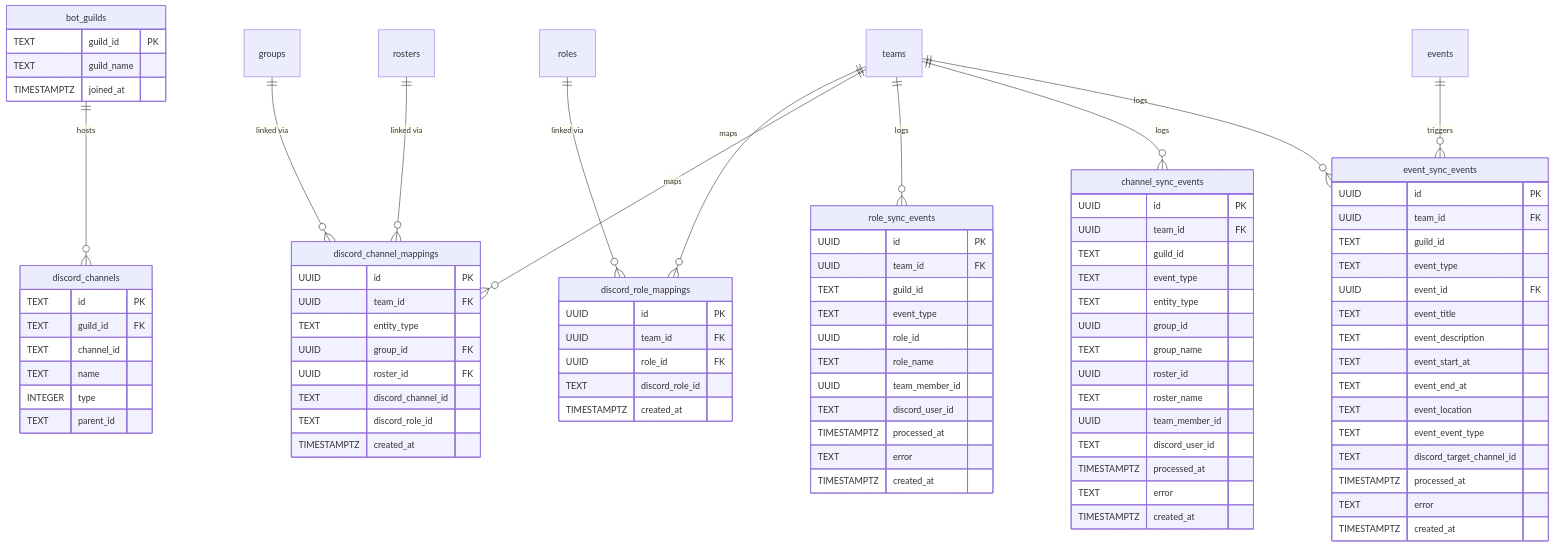
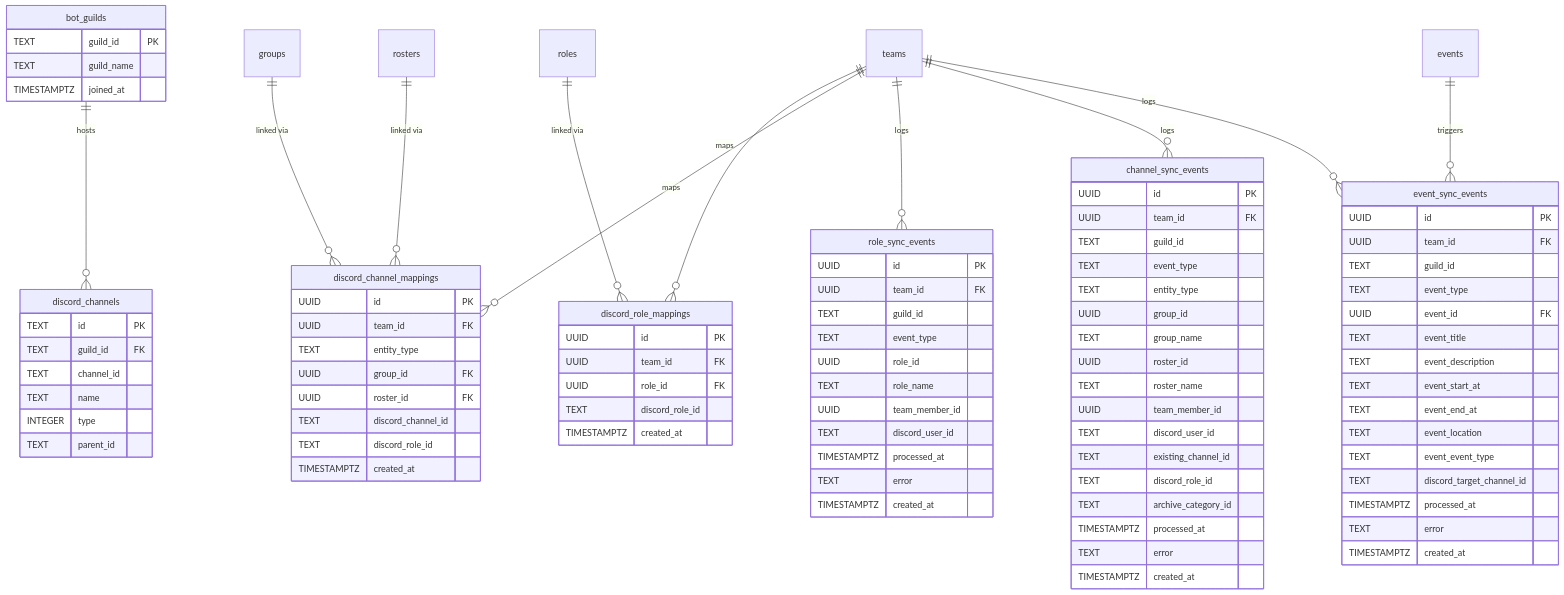
Before and after one commit to maxa-ondrej/sideline: the eighth of 12 diagrams in docs/thesis/er-diagram.md, drawn with Mermaid. The commit also changed other lines of this file and 48 other files, not shown here.

First line of the commit message:
Move Discord channels to archive category on group/roster deletion (#153)

```diff
--- a/docs/thesis/er-diagram.md
+++ b/docs/thesis/er-diagram.md
@@ -461,6 +464,9 @@
         TEXT roster_name
         UUID team_member_id
         TEXT discord_user_id
+        TEXT existing_channel_id
+        TEXT discord_role_id
+        TEXT archive_category_id
         TIMESTAMPTZ processed_at
         TEXT error
         TIMESTAMPTZ created_at
```
